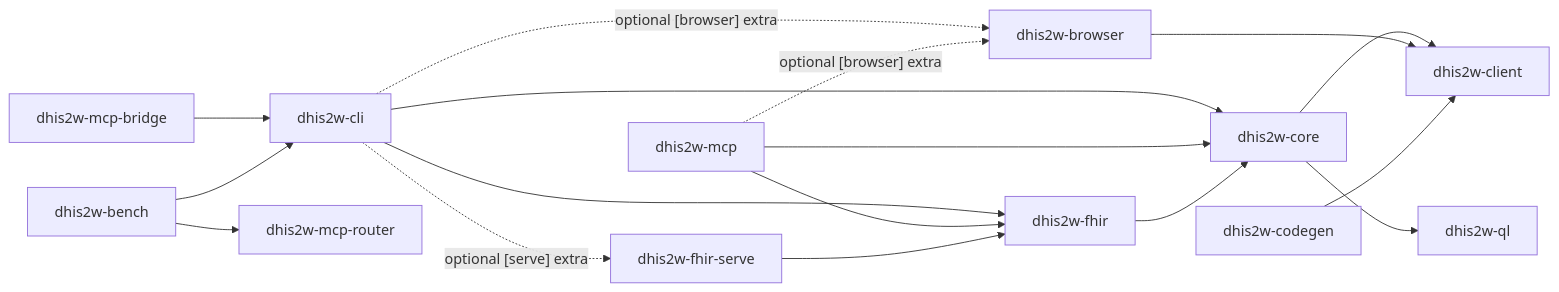
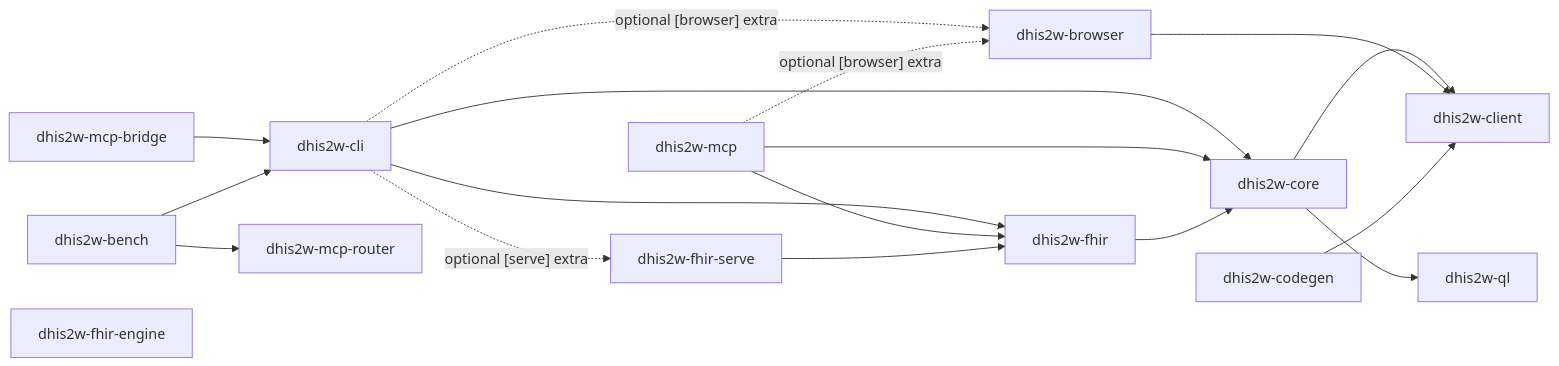
Before and after one commit to winterop-com/dhis2w-utils: the diagram in CLAUDE.md, drawn with Mermaid. The commit also changed other lines of this file and 30 other files, not shown here.

````diff
--- a/CLAUDE.md
+++ b/CLAUDE.md
@@ -49,32 +50,33 @@
 ```mermaid
 graph LR
     bench["dhis2w-bench"]
     bridge["dhis2w-mcp-bridge"]
     cli["dhis2w-cli"]
     mcp["dhis2w-mcp"]
     router["dhis2w-mcp-router"]
     core["dhis2w-core"]
     ql["dhis2w-ql"]
     browser["dhis2w-browser"]
     codegen["dhis2w-codegen"]
     client["dhis2w-client"]
     fhir["dhis2w-fhir"]
     fhirserve["dhis2w-fhir-serve"]
+    fhirengine["dhis2w-fhir-engine"]
 
     cli --> core
     mcp --> core
     cli --> fhir
     mcp --> fhir
     fhir --> core
     fhirserve --> fhir
     bridge --> cli
     bench --> cli
     bench --> router
     core --> client
     core --> ql
     browser --> client
     codegen --> client
     cli -.->|"optional [browser] extra"| browser
     mcp -.->|"optional [browser] extra"| browser
     cli -.->|"optional [serve] extra"| fhirserve
 ```
````
